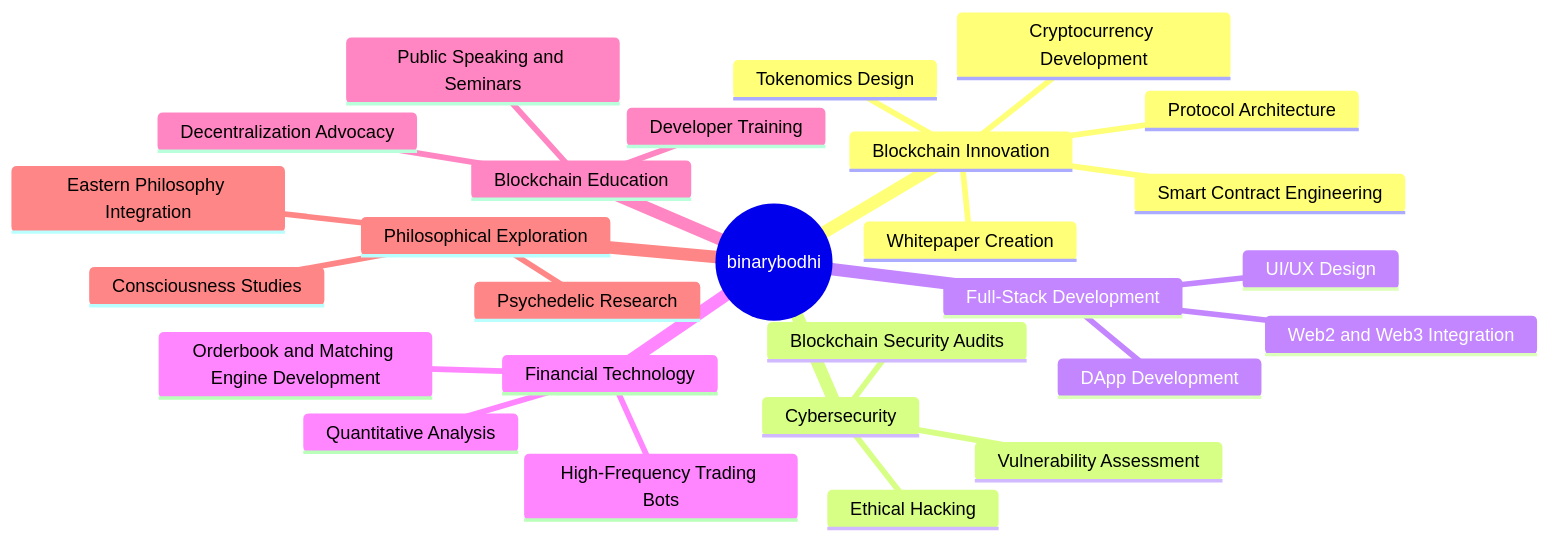
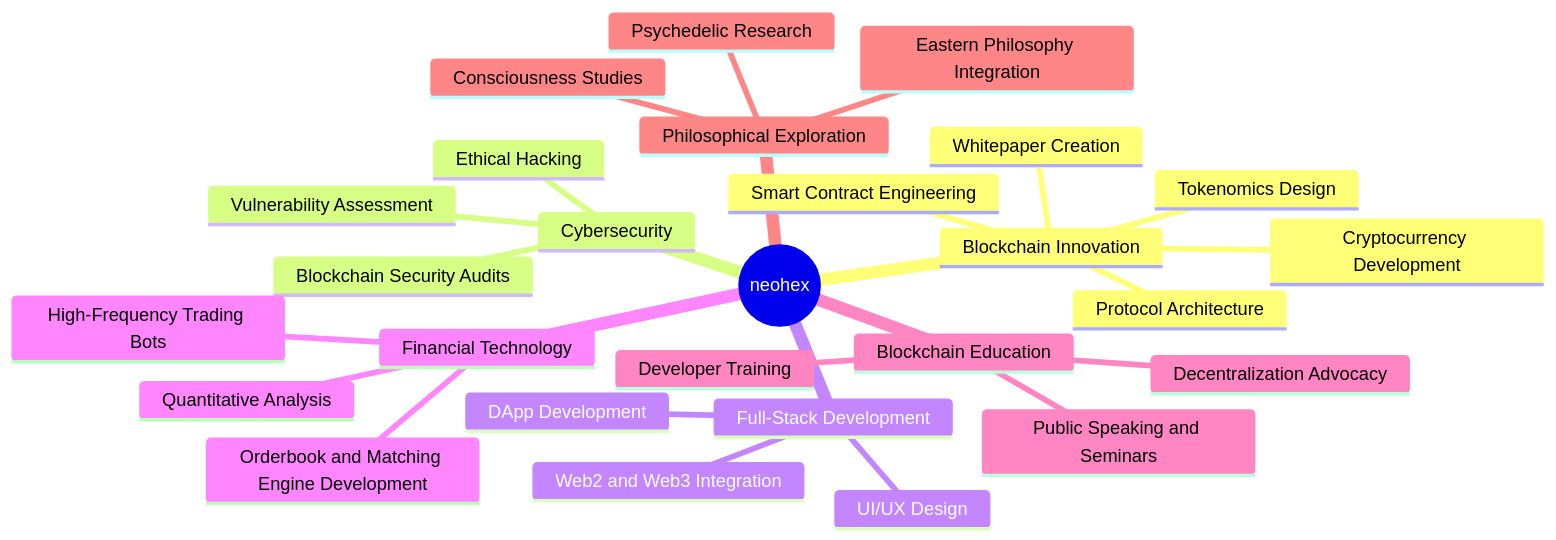
Before and after one commit to 0xneox/0xneox: the diagram in README.md, drawn with Mermaid.

````diff
--- a/README.md
+++ b/README.md
@@ -31,30 +31,30 @@
 ```mermaid
 mindmap
-  root((binarybodhi))
+  root((neohex))
     Blockchain Innovation
       Cryptocurrency Development
       Smart Contract Engineering
       Tokenomics Design
       Protocol Architecture
       Whitepaper Creation
     Cybersecurity
       Ethical Hacking
       Vulnerability Assessment
       Blockchain Security Audits
     Full-Stack Development
       Web2 and Web3 Integration
       DApp Development
       UI/UX Design
     Financial Technology
       Orderbook and Matching Engine Development
       High-Frequency Trading Bots
       Quantitative Analysis
     Blockchain Education
       Developer Training
       Public Speaking and Seminars
       Decentralization Advocacy
     Philosophical Exploration
       Consciousness Studies
       Eastern Philosophy Integration
       Psychedelic Research
 ```
````
